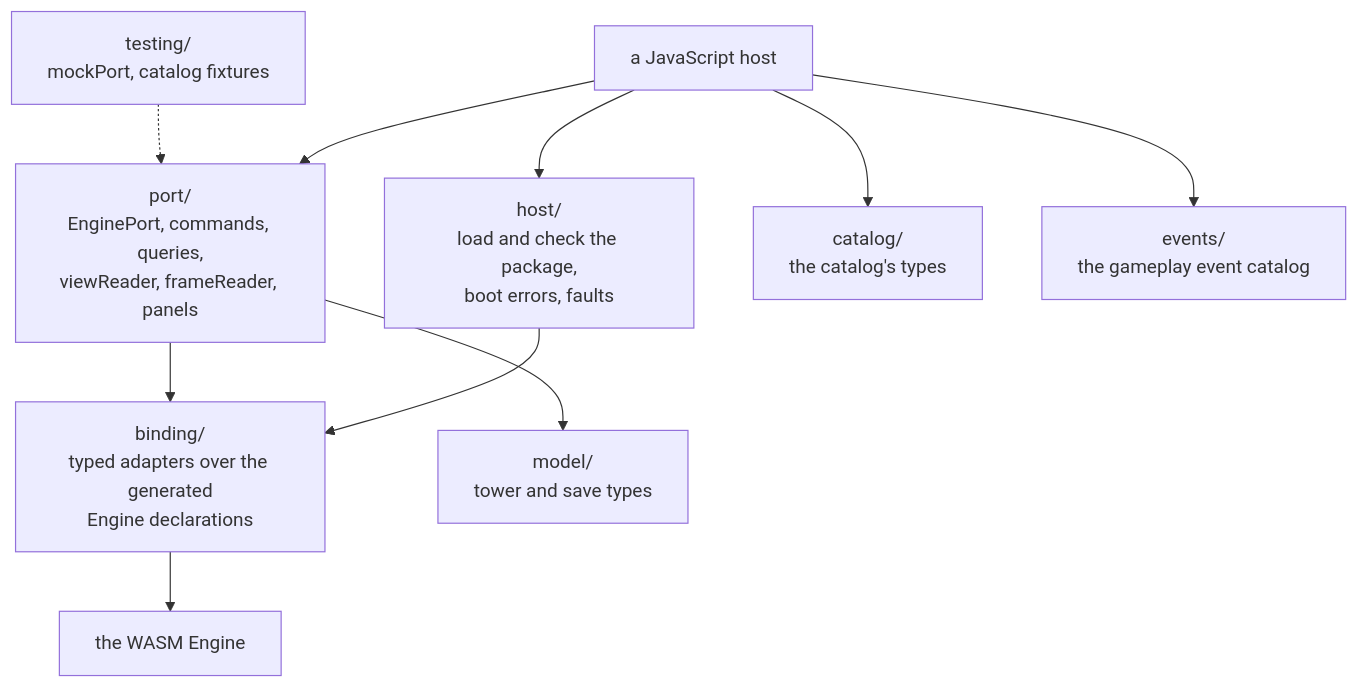
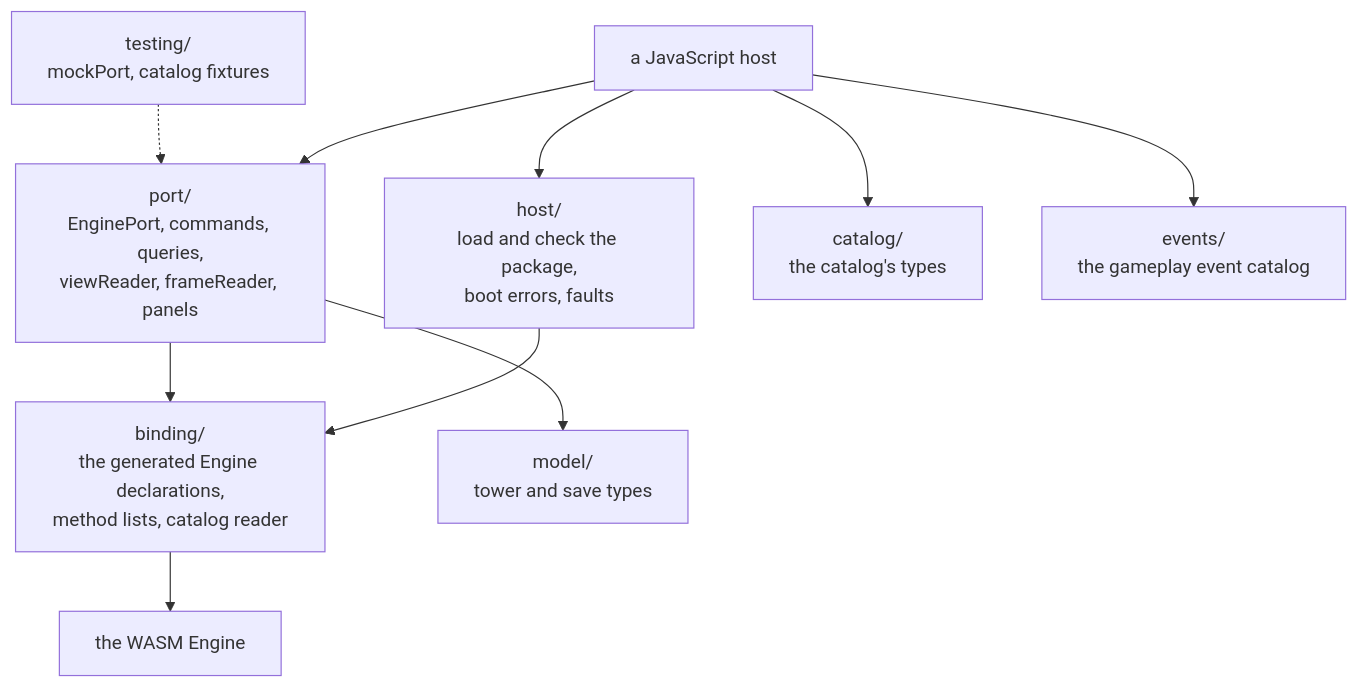
One commit to Verticopolis/engine changed the ninth of 10 diagrams in ARCHITECTURE.md. Above: the diagram before and after it, drawn with Mermaid. The commit also changed 1 other file, not shown here.

Commit message:
Fix two doc nits from the docs-move review
The codec cost page's reproduce block says cd engine-rs applies only at
the web commit it measured, and the TypeScript-layer diagram describes
binding/ as the generated declarations, method lists and catalog reader,
which the text below no longer contradicts.

Claude-Session: https://claude.ai/code/session_01Ms7tratwmLeqZFuR1A3bGN

````diff
--- a/ARCHITECTURE.md
+++ b/ARCHITECTURE.md
@@ -290,12 +290,12 @@
 ```mermaid
 flowchart TD
     Host["a JavaScript host"] --> HostMod["host/<br/>load and check the package,<br/>boot errors, faults"]
     Host --> Port["port/<br/>EnginePort, commands, queries,<br/>viewReader, frameReader, panels"]
     Host --> Catalog["catalog/<br/>the catalog's types"]
     Host --> Events["events/<br/>the gameplay event catalog"]
-    HostMod --> Binding["binding/<br/>typed adapters over the generated<br/>Engine declarations"]
+    HostMod --> Binding["binding/<br/>the generated Engine declarations,<br/>method lists, catalog reader"]
     Port --> Binding
     Port --> Model["model/<br/>tower and save types"]
     Binding --> Wasm["the WASM Engine"]
     Testing["testing/<br/>mockPort, catalog fixtures"] -.-> Port
 ```
````
